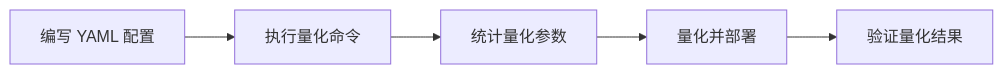
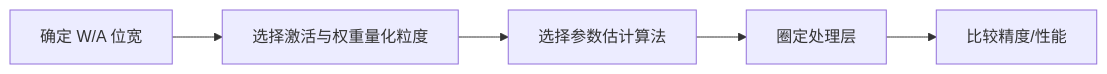
One commit to mindstudio-docs/master changed the diagram in msmodelslim/docs/zh/knowledge_base/quantization_algorithms/linear_quant/usage_linear_quant.md. Above: the diagram before and after it, drawn with Mermaid. The commit also changed other lines of this file and 73 other files, not shown here.

````diff
--- a/msmodelslim/docs/zh/knowledge_base/quantization_algorithms/linear_quant/usage_linear_quant.md
+++ b/msmodelslim/docs/zh/knowledge_base/quantization_algorithms/linear_quant/usage_linear_quant.md
@@ -42,7 +24,7 @@
 ```mermaid
 flowchart LR
-    A[编写 YAML 配置] --> B[执行量化命令]
-    B --> C[统计量化参数]
-    C --> D[量化并部署]
-    D --> E[验证量化结果]
+    A[确定 W/A 位宽] --> B[选择激活与权重量化粒度]
+    B[选择激活与权重量化粒度] --> C[选择参数估计算法]
+    C[选择参数估计算法] --> D[圈定处理层]
+    D[圈定处理层] --> E[比较精度/性能]
 ```
````
